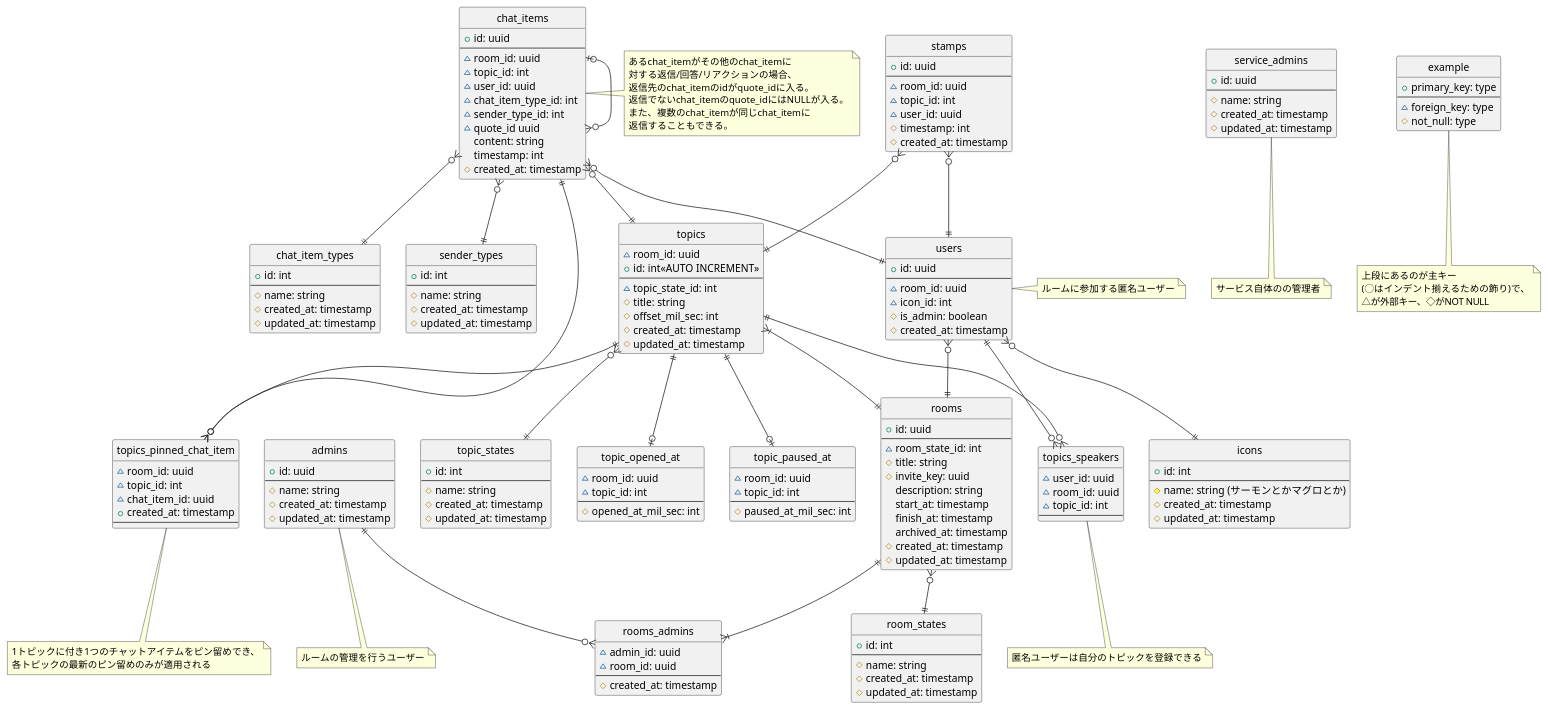
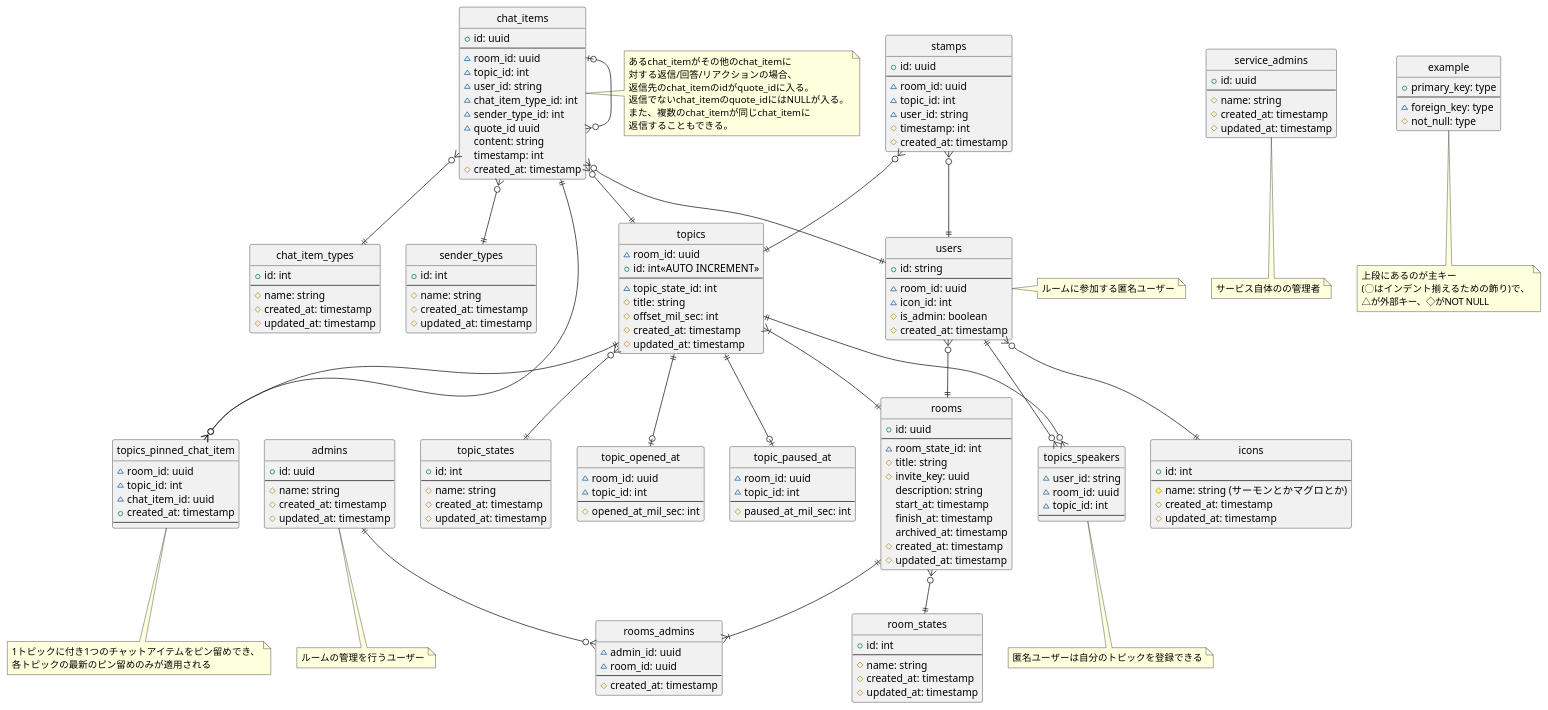
One commit to osushi-academy/sushi-chat changed the diagram in doc/ER/ER_logic.puml. Above: the diagram before and after it, drawn with PlantUML. The commit also changed 1 other file, not shown here.

Commit message:
made user id 'text'
user idはsocketのidが使われ、uuidでなかったので修正

```diff
--- a/doc/ER/ER_logic.puml
+++ b/doc/ER/ER_logic.puml
@@ -4,7 +4,7 @@
 skinparam inetype ortho
 
 entity users {
-    +id: uuid
+    +id: string
     --
     ~room_id: uuid
     ~icon_id: int
@@ -14,7 +14,7 @@
 note right: ルームに参加する匿名ユーザー
 
 entity topics_speakers{
-    ~user_id: uuid
+    ~user_id: string
     ~room_id: uuid
     ~topic_id: int
     --
@@ -126,7 +126,7 @@
     --
     ~room_id: uuid
     ~topic_id: int
-    ~user_id: uuid
+    ~user_id: string
     ~chat_item_type_id: int
     ~sender_type_id: int
     ~quote_id uuid
@@ -164,7 +164,7 @@
     --
     ~room_id: uuid
     ~topic_id: int
-    ~user_id: uuid
+    ~user_id: string
     #timestamp: int
     #created_at: timestamp
 }
```
